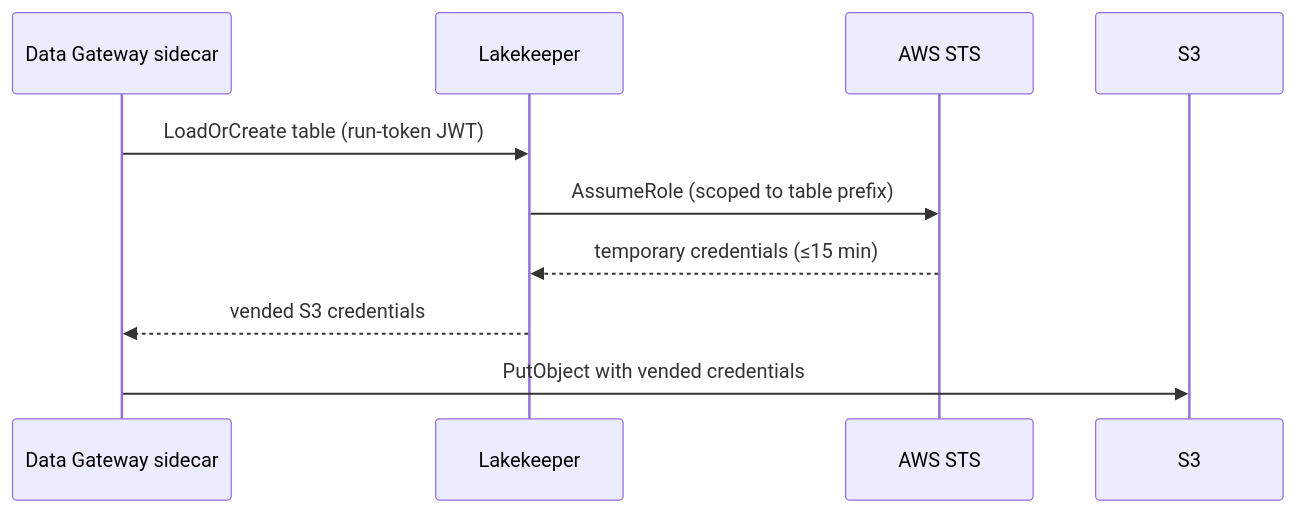
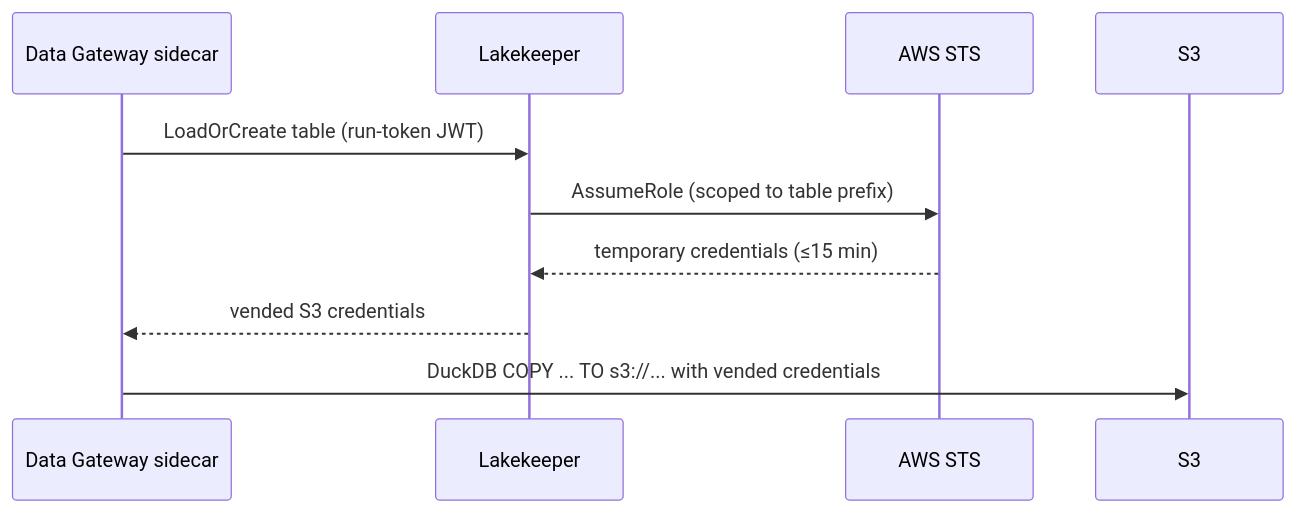
Before and after one commit to kacurez/datuplet: the second of 3 diagrams in docs/architecture.md, drawn with Mermaid. The commit also changed other lines of this file and 13 other files, not shown here.

````diff
--- a/docs/architecture.md
+++ b/docs/architecture.md
@@ -50,12 +50,12 @@
 ```mermaid
 sequenceDiagram
     participant DG as Data Gateway sidecar
     participant LK as Lakekeeper
     participant STS as AWS STS
 
     DG->>LK: LoadOrCreate table (run-token JWT)
     LK->>STS: AssumeRole (scoped to table prefix)
     STS-->>LK: temporary credentials (≤15 min)
     LK-->>DG: vended S3 credentials
-    DG->>S3: PutObject with vended credentials
+    DG->>S3: DuckDB COPY ... TO s3://... with vended credentials
 ```
````
